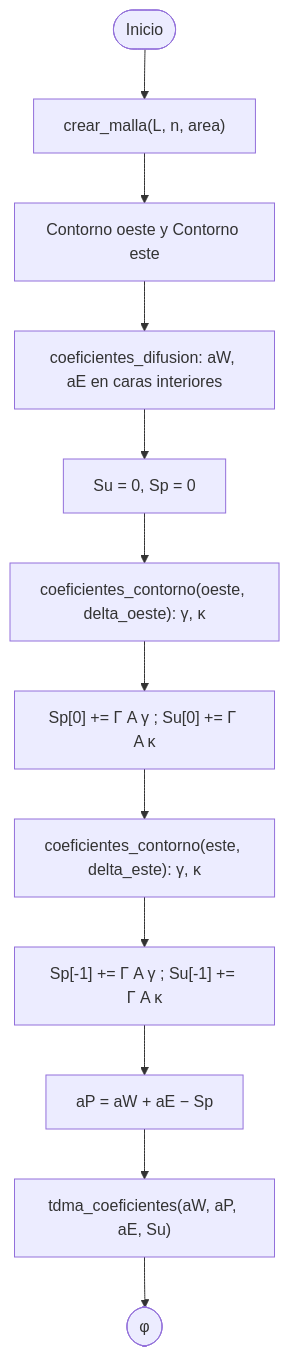
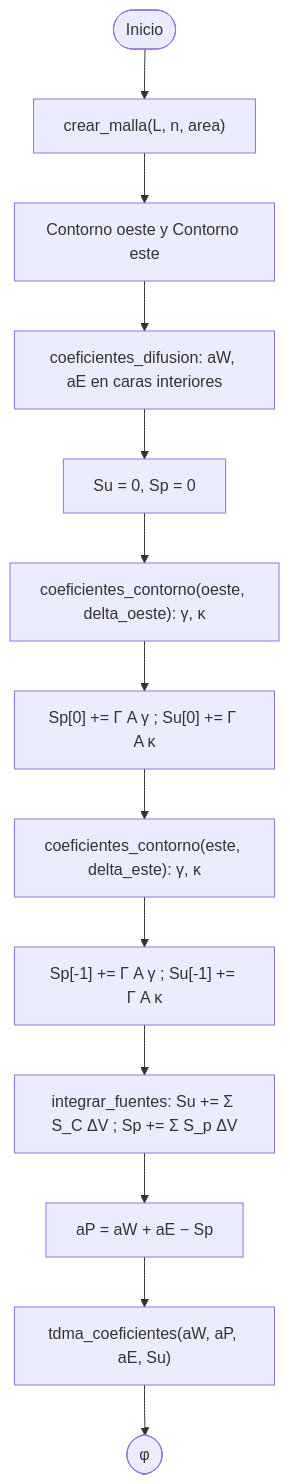
One commit to nicovarelaboo/versteeg-fvm changed the second of 3 diagrams in docs/diseno.md. Above: the diagram before and after it, drawn with Mermaid. The commit also changed other lines of this file, not shown here.

Commit message:
docs(fvm): actualiza el diseño con las fuentes

````diff
--- a/docs/diseno.md
+++ b/docs/diseno.md
@@ -90,14 +108,15 @@
 ```mermaid
 flowchart TD
     A(["Inicio"]) --> B["crear_malla(L, n, area)"]
     B --> C["Contorno oeste y Contorno este"]
     C --> D["coeficientes_difusion: aW, aE en caras interiores"]
     D --> E["Su = 0, Sp = 0"]
     E --> F["coeficientes_contorno(oeste, delta_oeste): γ, κ"]
     F --> G["Sp[0] += Γ A γ ; Su[0] += Γ A κ"]
     G --> H["coeficientes_contorno(este, delta_este): γ, κ"]
     H --> I["Sp[-1] += Γ A γ ; Su[-1] += Γ A κ"]
-    I --> J["aP = aW + aE − Sp"]
+    I --> IF["integrar_fuentes: Su += Σ S_C ΔV ; Sp += Σ S_p ΔV"]
+    IF --> J["aP = aW + aE − Sp"]
     J --> K["tdma_coeficientes(aW, aP, aE, Su)"]
     K --> L(["φ"])
 ```
````
